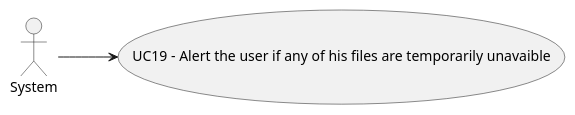
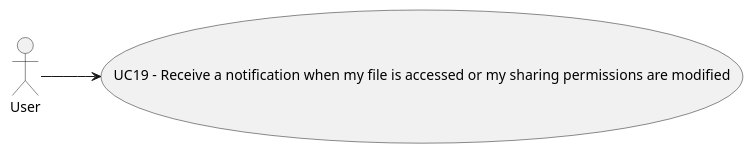
Before and after one commit to joaotorres28/ParticularProject: the diagram in docs/Global_Artifacts/Design/Level1/Uc_Folder/UC19/UC19.puml, drawn with PlantUML. The commit also changed 25 other files, not shown here.

```diff
--- a/docs/Global_Artifacts/Design/Level1/Uc_Folder/UC19/UC19.puml
+++ b/docs/Global_Artifacts/Design/Level1/Uc_Folder/UC19/UC19.puml
@@ -1,9 +1,9 @@
 @startuml
 
 left to right direction
-actor System
+actor User
 
-usecase UC19 as "UC19 - Alert the user if any of his files are temporarily unavaible"
-System --> UC19
+usecase UC19 as "UC19 - Receive a notification when my file is accessed or my sharing permissions are modified"
+User --> UC19
 
 @enduml
```
